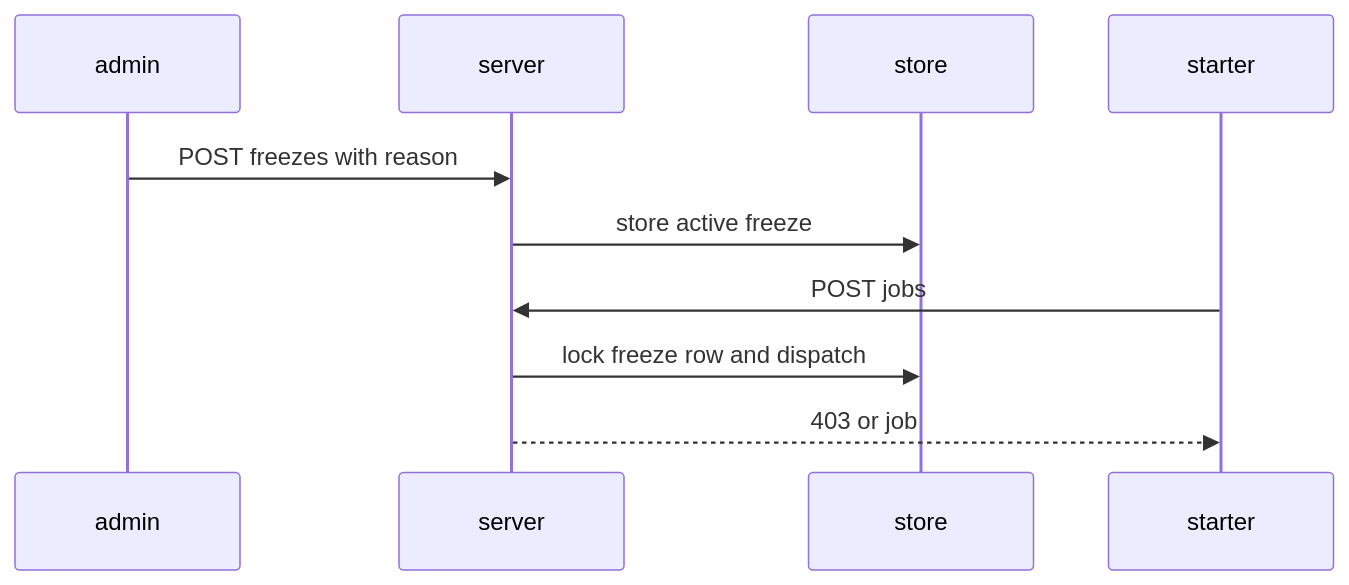
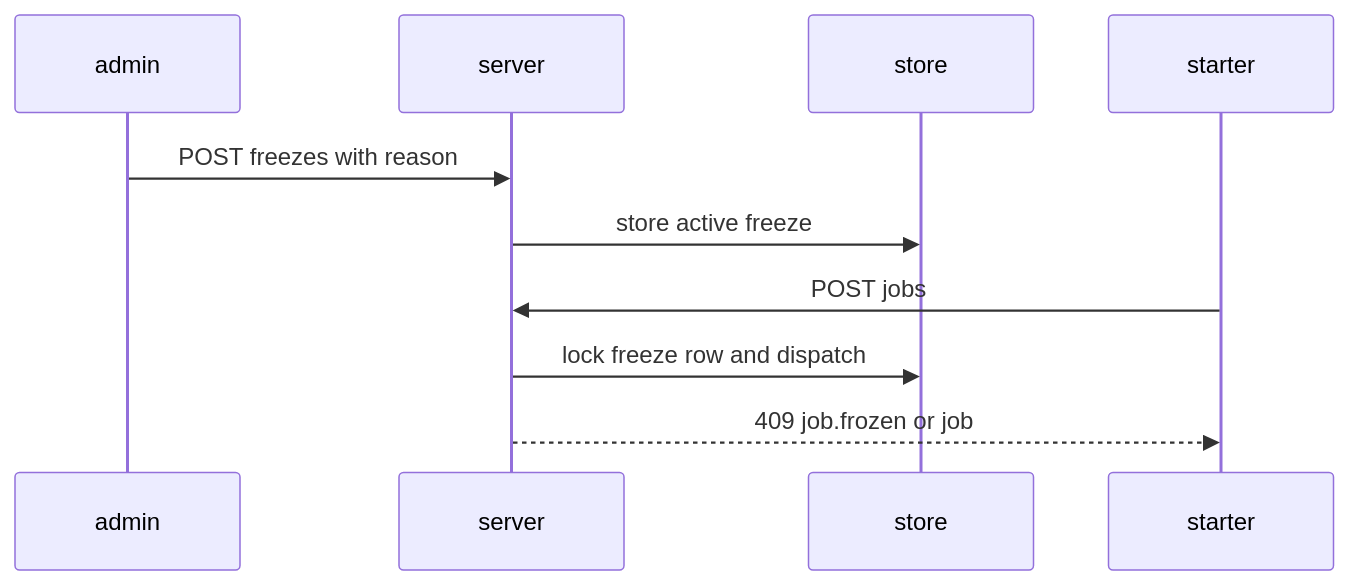
Before and after one commit to OpenDustpan/OpenDustpan: the first of 4 diagrams in openspec/changes/add-job-service-routes-start-freeze-manage/design.md, drawn with Mermaid. The commit also changed other lines of this file and 3 other files, not shown here.

First line of the commit message:
Spec: freeze refusals answer 409 job.frozen, as main does

````diff
--- a/openspec/changes/add-job-service-routes-start-freeze-manage/design.md
+++ b/openspec/changes/add-job-service-routes-start-freeze-manage/design.md
@@ -30,8 +30,8 @@
 ```mermaid
 sequenceDiagram
 admin->>server: POST freezes with reason
 server->>store: store active freeze
 starter->>server: POST jobs
 server->>store: lock freeze row and dispatch
-server-->>starter: 403 or job
+server-->>starter: 409 job.frozen or job
 ```
````
